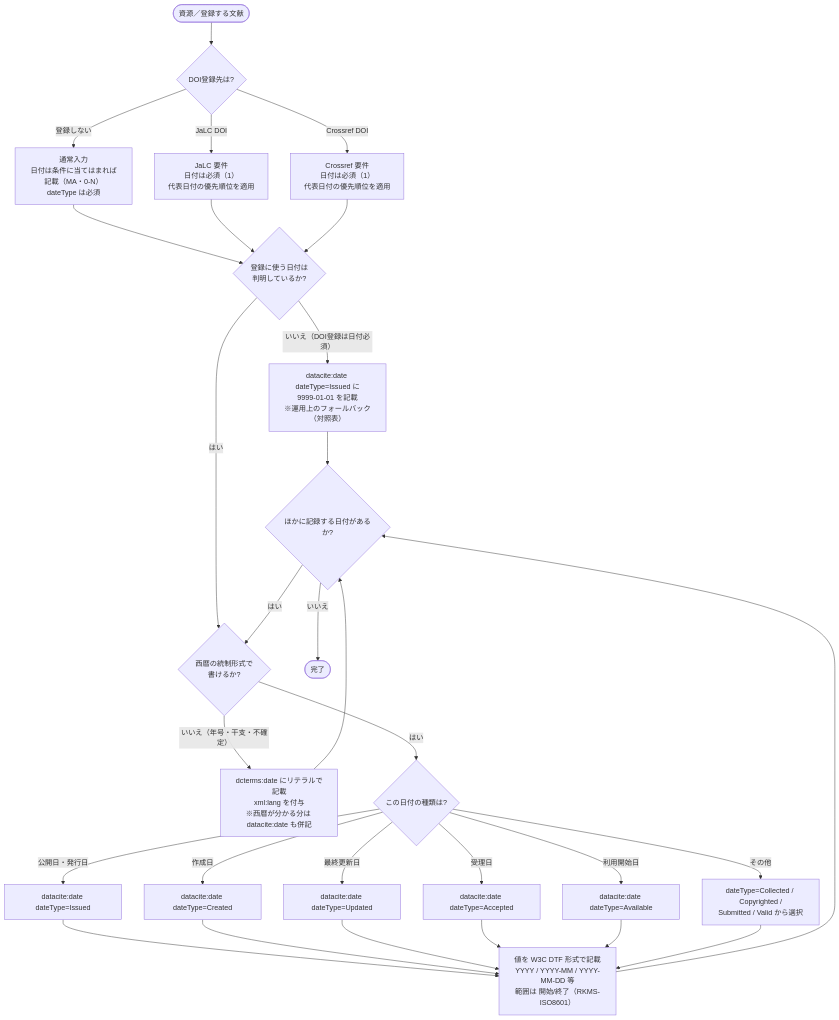
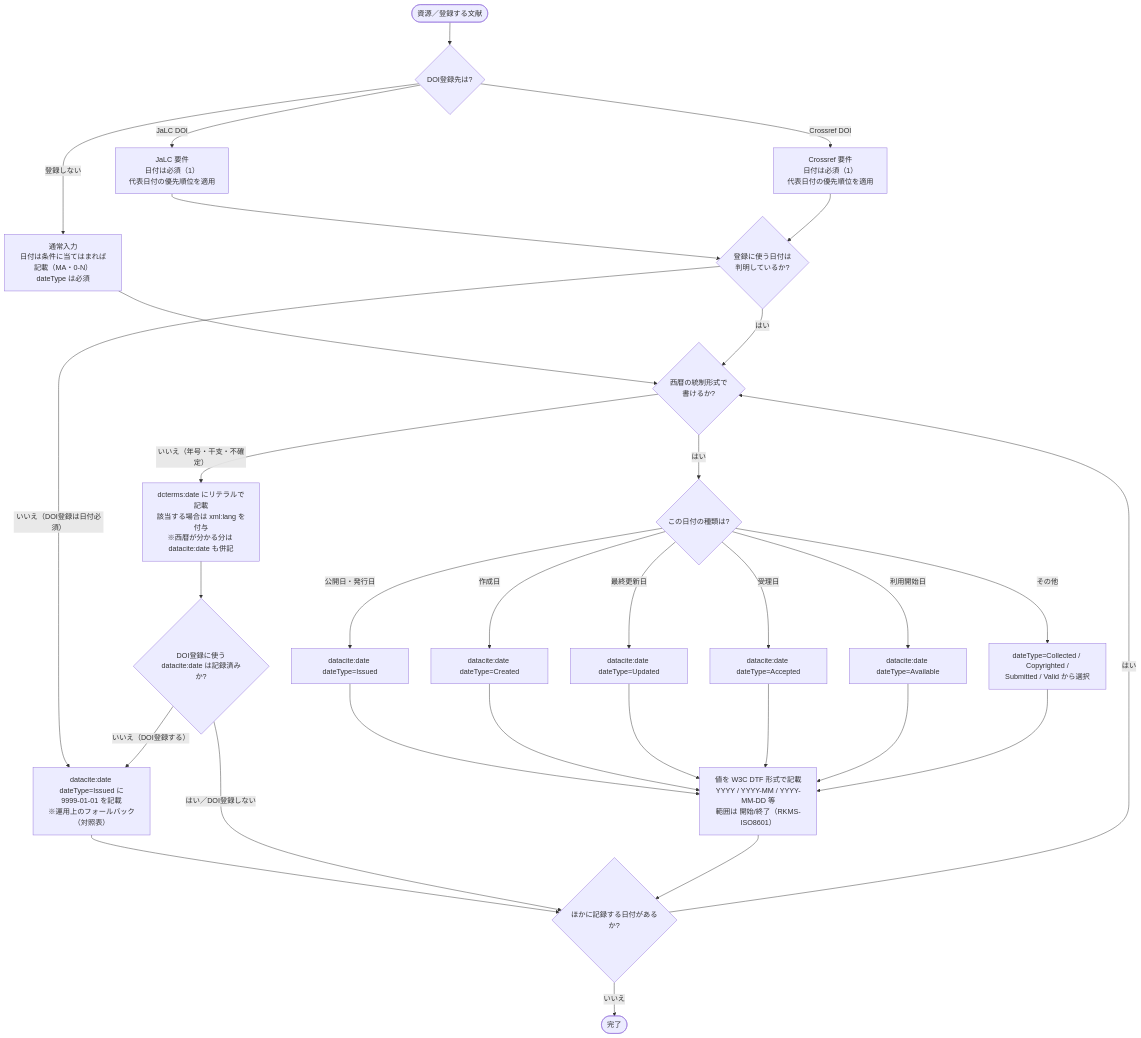
One commit to tzhaya/jpcoarschema-helper changed the diagram in decision-trees/date.md. Above: the diagram before and after it, drawn with Mermaid. The commit also changed other lines of this file and 20 other files, not shown here.

````diff
--- a/decision-trees/date.md
+++ b/decision-trees/date.md
@@ -44,43 +55,45 @@
 ```mermaid
 flowchart TD
     R([資源／登録する文献]) --> Q1{DOI登録先は?}
 
     Q1 -- 登録しない --> CTX0["通常入力<br/>日付は条件に当てはまれば記載（MA・0-N）<br/>dateType は必須"]
     Q1 -- JaLC DOI --> CTX1["JaLC 要件<br/>日付は必須（1）<br/>代表日付の優先順位を適用"]
     Q1 -- Crossref DOI --> CTX2["Crossref 要件<br/>日付は必須（1）<br/>代表日付の優先順位を適用"]
 
-    CTX0 --> D1
+    CTX0 --> D2
     CTX1 --> D1
     CTX2 --> D1
 
     D1{登録に使う日付は<br/>判明しているか?}
     D1 -- "いいえ（DOI登録は日付必須）" --> AF["datacite:date dateType=Issued に<br/>9999-01-01 を記載<br/>※運用上のフォールバック（対照表）"]
     D1 -- はい --> D2{西暦の統制形式で<br/>書けるか?}
 
-    D2 -- "いいえ（年号・干支・不確定）" --> A2["dcterms:date にリテラルで記載<br/>xml:lang を付与<br/>※西暦が分かる分は datacite:date も併記"]
+    D2 -- "いいえ（年号・干支・不確定）" --> A2["dcterms:date にリテラルで記載<br/>該当する場合は xml:lang を付与<br/>※西暦が分かる分は datacite:date も併記"]
     D2 -- はい --> D3{この日付の種類は?}
 
     D3 -- "公開日・発行日" --> T1["datacite:date dateType=Issued"]
     D3 -- "作成日" --> T2["datacite:date dateType=Created"]
     D3 -- "最終更新日" --> T3["datacite:date dateType=Updated"]
     D3 -- "受理日" --> T4["datacite:date dateType=Accepted"]
     D3 -- "利用開始日" --> T5["datacite:date dateType=Available"]
     D3 -- "その他" --> T6["dateType=Collected / Copyrighted /<br/>Submitted / Valid から選択"]
 
     T1 --> PF
     T2 --> PF
     T3 --> PF
     T4 --> PF
     T5 --> PF
     T6 --> PF
 
     PF["値を W3C DTF 形式で記載<br/>YYYY / YYYY-MM / YYYY-MM-DD 等<br/>範囲は 開始/終了（RKMS-ISO8601）"]
 
     AF --> D6
-    A2 --> D6
+    A2 --> D2r{DOI登録に使う<br/>datacite:date は記録済みか?}
+    D2r -- "はい／DOI登録しない" --> D6
+    D2r -- "いいえ（DOI登録する）" --> AF
     PF --> D6
 
     D6{ほかに記録する日付があるか?}
     D6 -- "はい" --> D2
     D6 -- いいえ --> END([完了])
 ```
````
